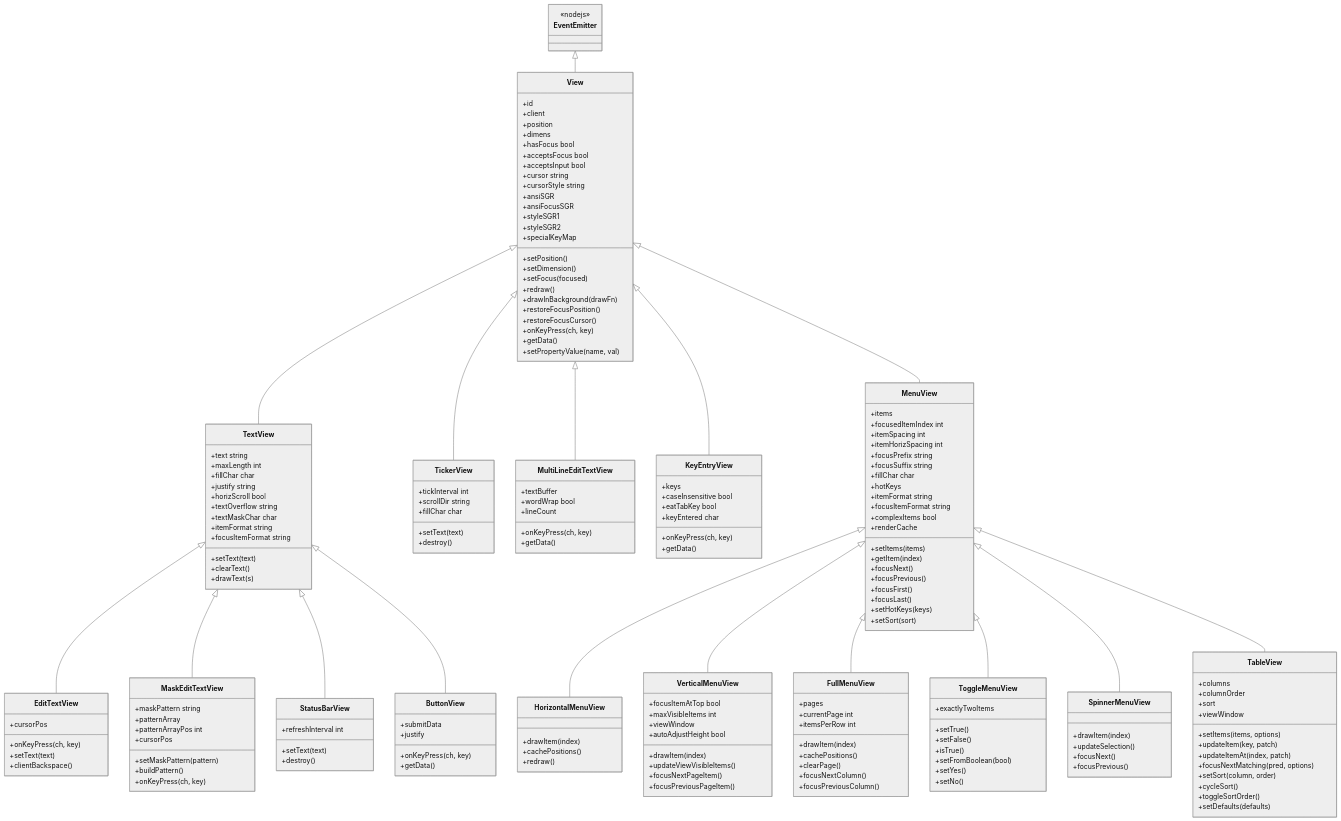
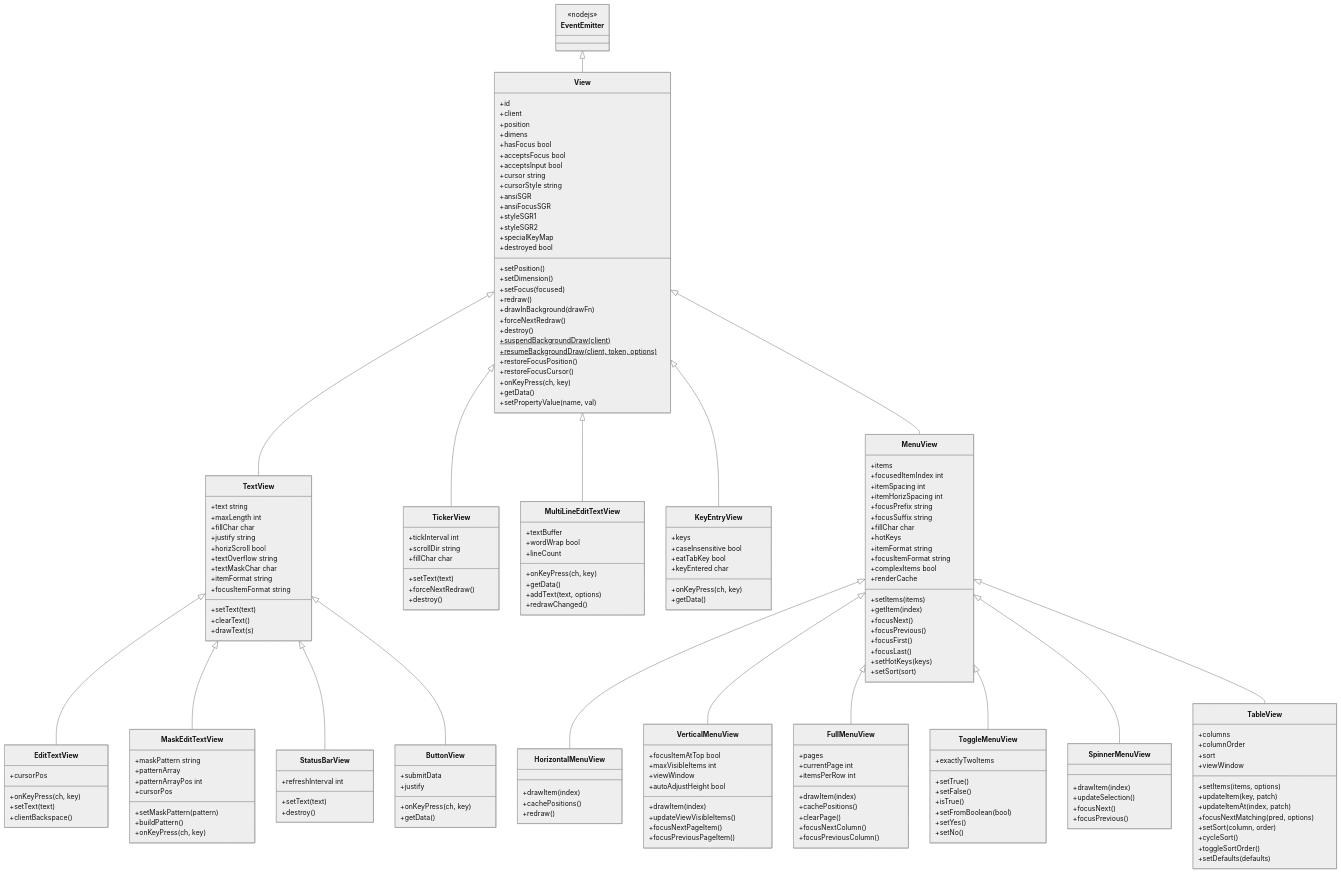
Before and after one commit to NuSkooler/enigma-bbs: the diagram in website/src/content/docs/art/views/views.md, drawn with Mermaid (neutral theme). The commit also changed other lines of this file, not shown here.

Commit message:
docs(views): covers pause background drawing; input capture API

```diff
--- a/website/src/content/docs/art/views/views.md
+++ b/website/src/content/docs/art/views/views.md
@@ -168,7 +168,12 @@
         +setDimension()
         +setFocus(focused)
         +redraw()
+        +destroyed bool
         +drawInBackground(drawFn)
+        +forceNextRedraw()
+        +destroy()
+        +suspendBackgroundDraw(client)$
+        +resumeBackgroundDraw(client, token, options)$
         +restoreFocusPosition()
         +restoreFocusCursor()
         +onKeyPress(ch, key)
@@ -196,6 +201,7 @@
         +scrollDir string
         +fillChar char
         +setText(text)
+        +forceNextRedraw()
         +destroy()
     }
 
@@ -235,6 +241,8 @@
         +lineCount
         +onKeyPress(ch, key)
         +getData()
+        +addText(text, options)
+        +redrawChanged()
     }
 
     class KeyEntryView {
```
